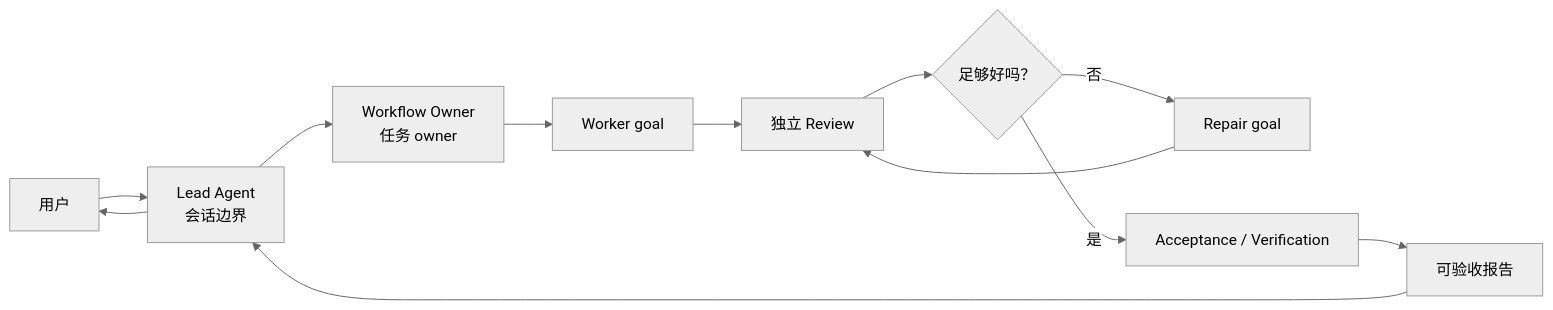
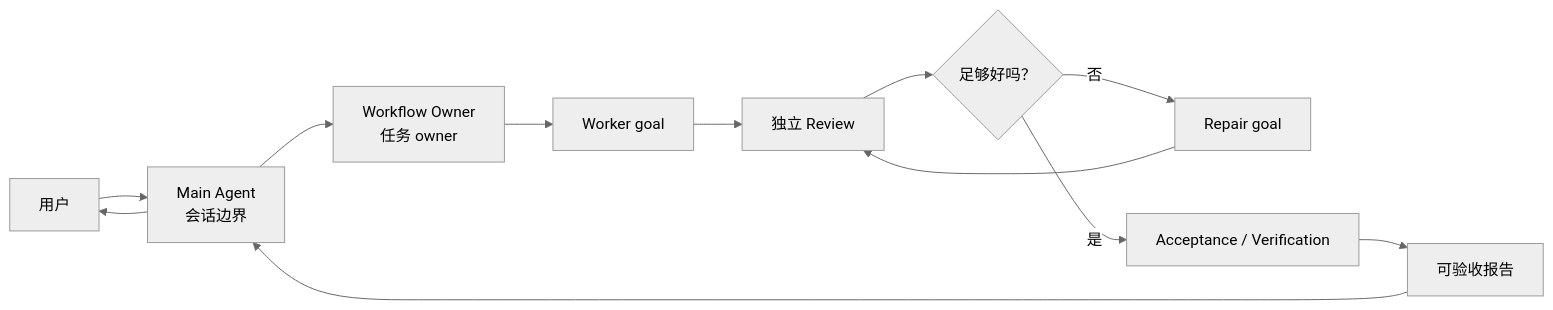
One commit to patrick-fu/parallel-goal-workflows changed the first of 3 diagrams in README.zh-CN.md. Above: the diagram before and after it, drawn with Mermaid (neutral theme). The commit also changed other lines of this file and 3 other files, not shown here.

First line of the commit message:
Rename lead role to main agent

````diff
--- a/README.zh-CN.md
+++ b/README.zh-CN.md
@@ -75,14 +75,14 @@
 ```mermaid
 flowchart LR
-  User["用户"] --> Lead["Lead Agent<br/>会话边界"]
-  Lead --> Owner["Workflow Owner<br/>任务 owner"]
+  User["用户"] --> Main["Main Agent<br/>会话边界"]
+  Main --> Owner["Workflow Owner<br/>任务 owner"]
   Owner --> Worker["Worker goal"]
   Worker --> Review["独立 Review"]
   Review --> Decision{"足够好吗？"}
   Decision -- "否" --> Repair["Repair goal"]
   Repair --> Review
   Decision -- "是" --> Acceptance["Acceptance / Verification"]
   Acceptance --> Report["可验收报告"]
-  Report --> Lead
-  Lead --> User
+  Report --> Main
+  Main --> User
 ```
````
